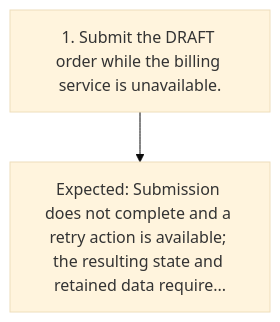
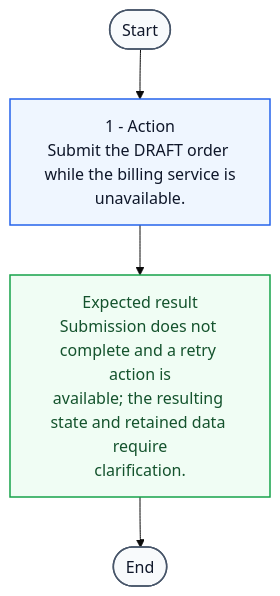
Before and after one commit to Soturine/functional-test-designer: the diagram in examples/expected-output/test-cases-md/TC-010.md, drawn with Mermaid (base theme). The commit also changed 17 other files, not shown here.

Commit message:
feat: improve offline mermaid test flows

````diff
--- a/examples/expected-output/test-cases-md/TC-010.md
+++ b/examples/expected-output/test-cases-md/TC-010.md
@@ -38,6 +38,18 @@
 ```mermaid
 flowchart TD
-    A1["1. Submit the DRAFT order while the billing service is unavailable."]
-    E1["Expected: Submission does not complete and a retry action is available; the resulting state and retained data require..."]
-    A1 --> E1
+    S([Start])
+    A1["1 - Action<br/>Submit the DRAFT order while the billing service is<br/>unavailable."]
+    R1["Expected result<br/>Submission does not complete and a retry action is<br/>available; the resulting state and retained data require<br/>clarification."]
+    F([End])
+
+    S --> A1 --> R1 --> F
+
+    classDef startEnd fill:#f8fafc,stroke:#475569,stroke-width:1.5px,color:#0f172a;
+    classDef action fill:#eff6ff,stroke:#2563eb,stroke-width:1.5px,color:#0f172a;
+    classDef expected fill:#f0fdf4,stroke:#16a34a,stroke-width:1.5px,color:#14532d;
+    classDef clarification fill:#fff7ed,stroke:#ea580c,stroke-width:1.5px,color:#7c2d12,stroke-dasharray:4 3;
+
+    class S,F startEnd;
+    class A1 action;
+    class R1 expected;
 ```
````
